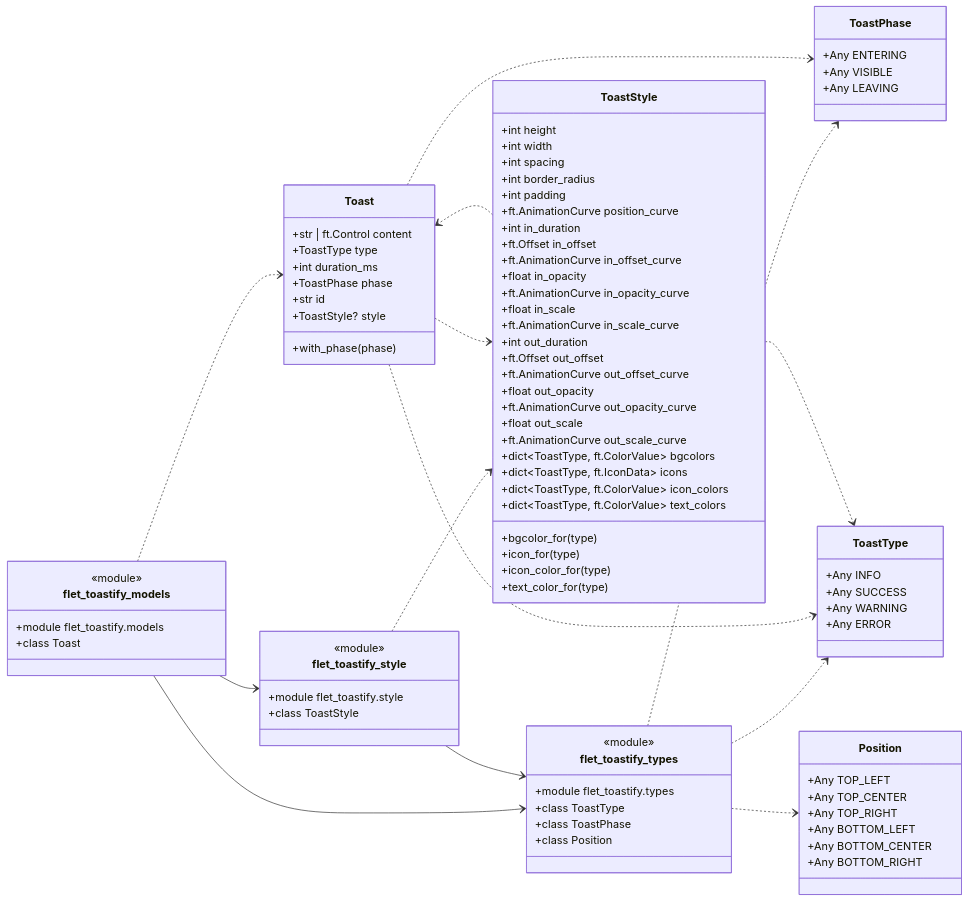
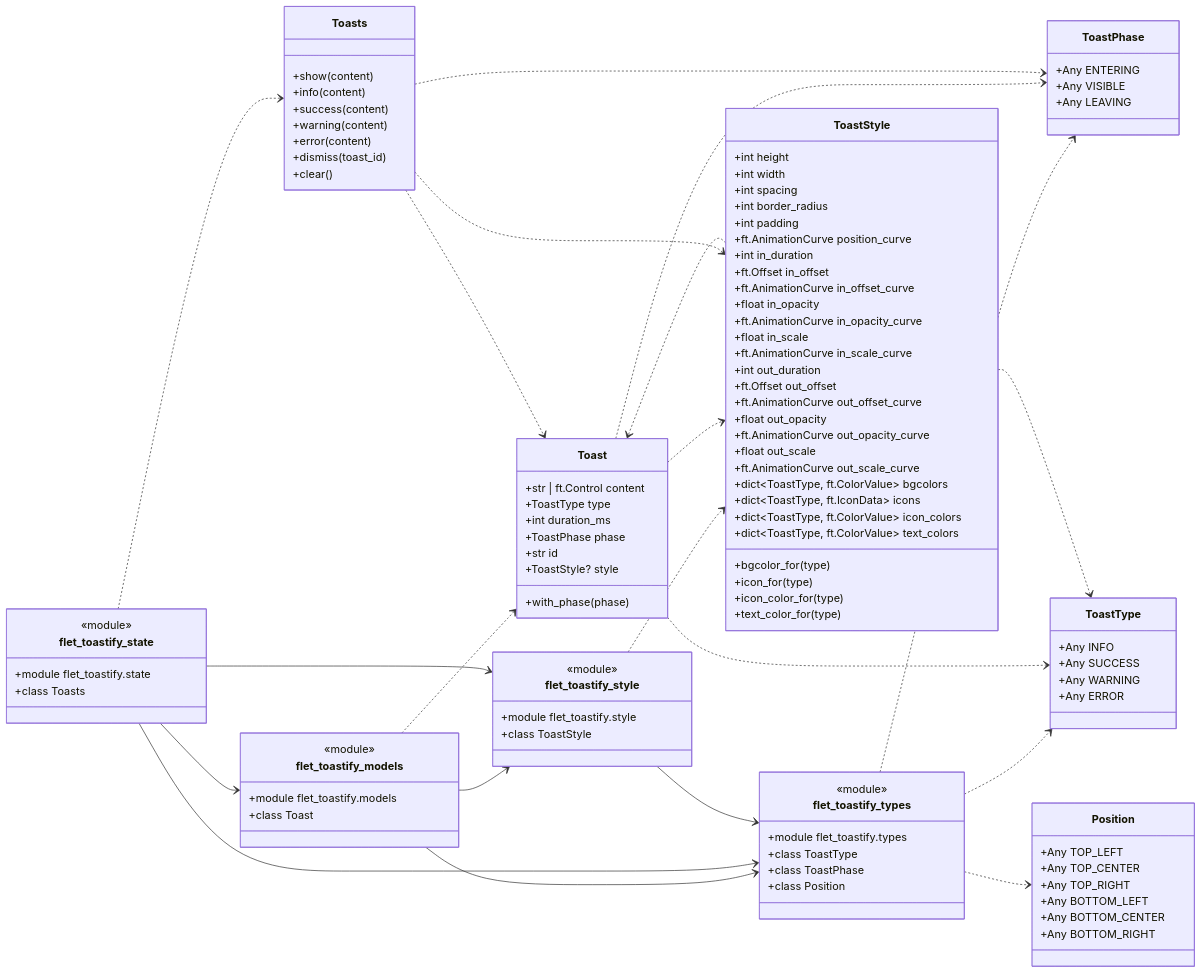
One commit to brunobrown/flet-toastify changed the diagram in docs/assets/diagrams/generated/hybrid.mmd. Above: the diagram before and after it, drawn with Mermaid. The commit also changed 15 other files, not shown here.

First line of the commit message:
feat: adiciona estado observável Toasts e objeto global toast

```diff
--- a/docs/assets/diagrams/generated/hybrid.mmd
+++ b/docs/assets/diagrams/generated/hybrid.mmd
@@ -1,100 +1,123 @@
 classDiagram
   direction LR
   %% flet-toastify generated architecture diagrams: hybrid modules and classes
 
   class flet_toastify_models {
     <<module>>
     +module flet_toastify.models
     +class Toast
+  }
+
+  class flet_toastify_state {
+    <<module>>
+    +module flet_toastify.state
+    +class Toasts
   }
 
   class flet_toastify_style {
     <<module>>
     +module flet_toastify.style
     +class ToastStyle
   }
 
   class flet_toastify_types {
     <<module>>
     +module flet_toastify.types
     +class ToastType
     +class ToastPhase
     +class Position
   }
 
   class Toast {
     +str | ft.Control content
     +ToastType type
     +int duration_ms
     +ToastPhase phase
     +str id
     +ToastStyle? style
     +with_phase(phase)
+  }
+
+  class Toasts {
+    +show(content)
+    +info(content)
+    +success(content)
+    +warning(content)
+    +error(content)
+    +dismiss(toast_id)
+    +clear()
   }
 
   class ToastStyle {
     +int height
     +int width
     +int spacing
     +int border_radius
     +int padding
     +ft.AnimationCurve position_curve
     +int in_duration
     +ft.Offset in_offset
     +ft.AnimationCurve in_offset_curve
     +float in_opacity
     +ft.AnimationCurve in_opacity_curve
     +float in_scale
     +ft.AnimationCurve in_scale_curve
     +int out_duration
     +ft.Offset out_offset
     +ft.AnimationCurve out_offset_curve
     +float out_opacity
     +ft.AnimationCurve out_opacity_curve
     +float out_scale
     +ft.AnimationCurve out_scale_curve
     +dict~ToastType, ft.ColorValue~ bgcolors
     +dict~ToastType, ft.IconData~ icons
     +dict~ToastType, ft.ColorValue~ icon_colors
     +dict~ToastType, ft.ColorValue~ text_colors
     +bgcolor_for(type)
     +icon_for(type)
     +icon_color_for(type)
     +text_color_for(type)
   }
 
   class Position {
     +Any TOP_LEFT
     +Any TOP_CENTER
     +Any TOP_RIGHT
     +Any BOTTOM_LEFT
     +Any BOTTOM_CENTER
     +Any BOTTOM_RIGHT
   }
 
   class ToastPhase {
     +Any ENTERING
     +Any VISIBLE
     +Any LEAVING
   }
 
   class ToastType {
     +Any INFO
     +Any SUCCESS
     +Any WARNING
     +Any ERROR
   }
 
   flet_toastify_models ..> Toast
+  flet_toastify_state ..> Toasts
   flet_toastify_style ..> ToastStyle
   flet_toastify_types ..> Position
   flet_toastify_types ..> ToastPhase
   flet_toastify_types ..> ToastType
   Toast ..> ToastPhase
   Toast ..> ToastStyle
   Toast ..> ToastType
+  Toasts ..> Toast
+  Toasts ..> ToastPhase
+  Toasts ..> ToastStyle
   ToastStyle ..> Toast
   ToastStyle ..> ToastType
   flet_toastify_models --> flet_toastify_style
   flet_toastify_models --> flet_toastify_types
+  flet_toastify_state --> flet_toastify_models
+  flet_toastify_state --> flet_toastify_style
+  flet_toastify_state --> flet_toastify_types
   flet_toastify_style --> flet_toastify_types
```
